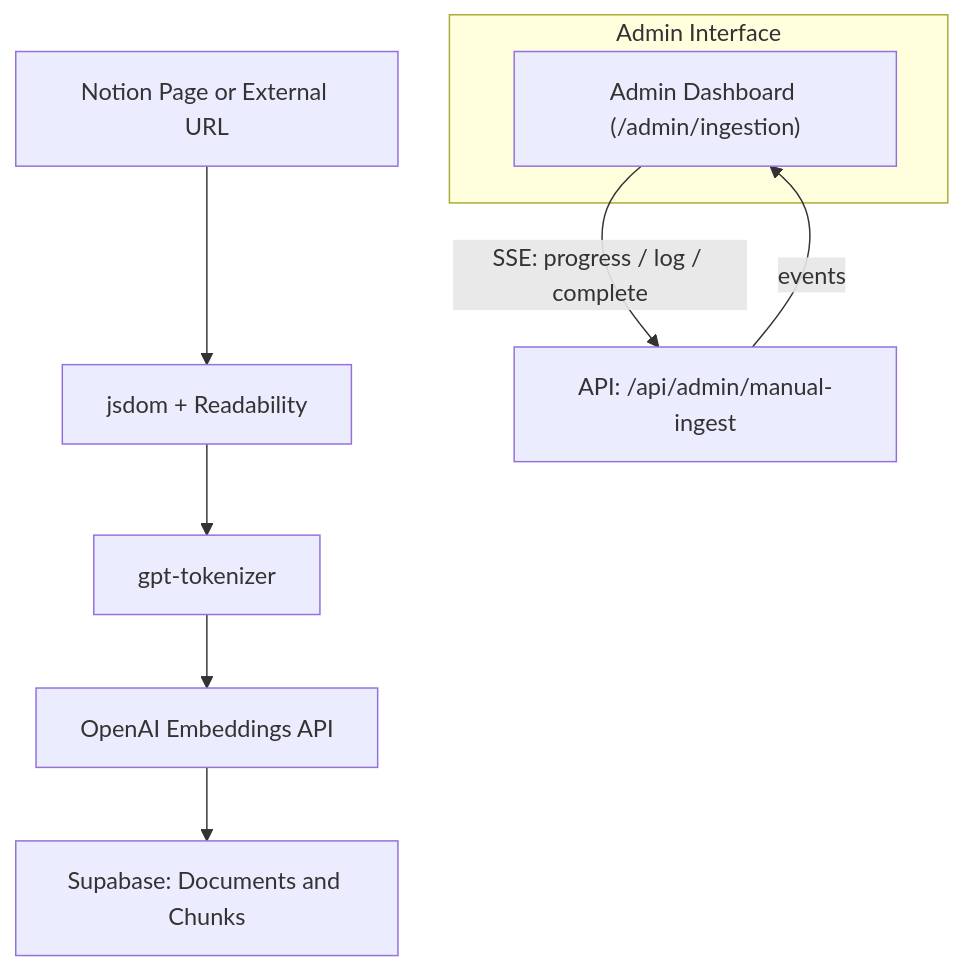
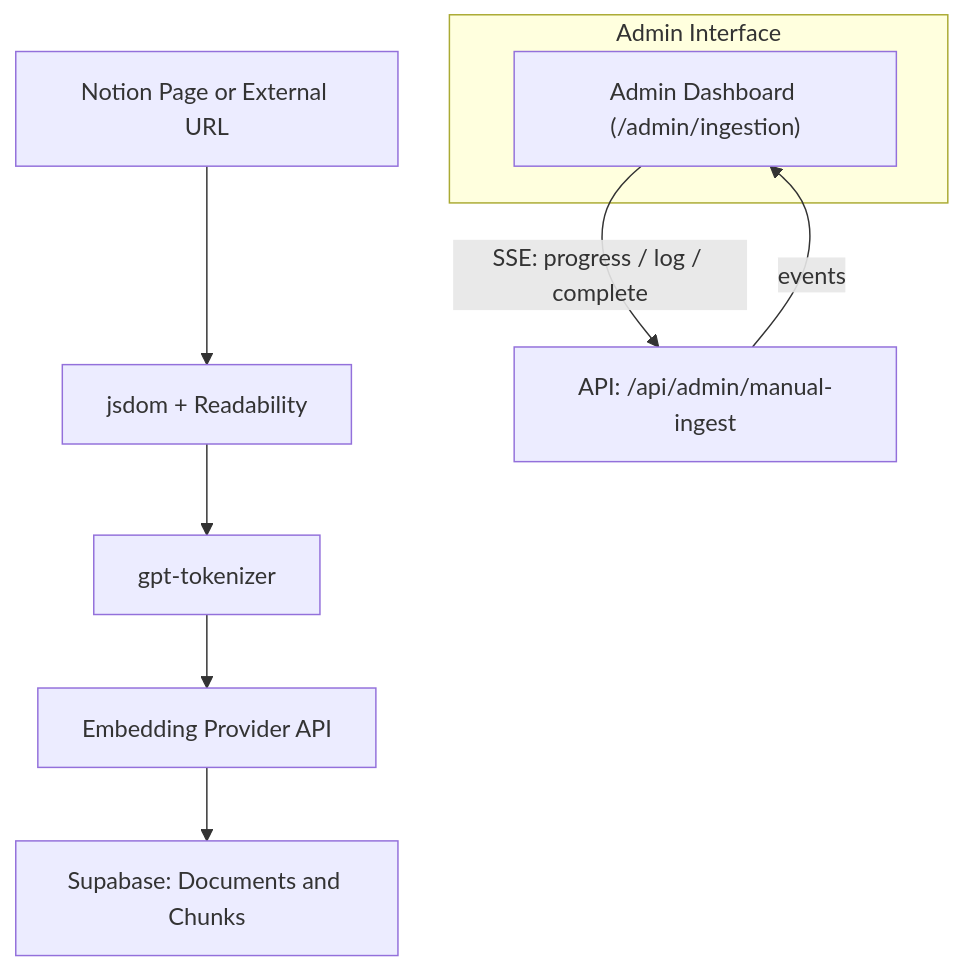
The second of 2 diagrams in readme.md (jack-h-park/nextjs-notion-starter-kit), drawn with Mermaid before and after one commit. The commit also changed other lines of this file and 21 other files, not shown here.

````diff
--- a/readme.md
+++ b/readme.md
@@ -100,14 +105,14 @@
 ```mermaid
   flowchart TD
   A["Notion Page or External URL"] --> B["jsdom + Readability"];
   B --> C["gpt-tokenizer"];
-  C --> D["OpenAI Embeddings API"];
+  C --> D["Embedding Provider API"];
   D --> E["Supabase: Documents and Chunks"];
 
   subgraph "Admin Interface"
     F["Admin Dashboard (/admin/ingestion)"];
   end
 
   F -- "SSE: progress / log / complete" --> G["API: /api/admin/manual-ingest"];
   G -- "events" --> F;
 ```
````
